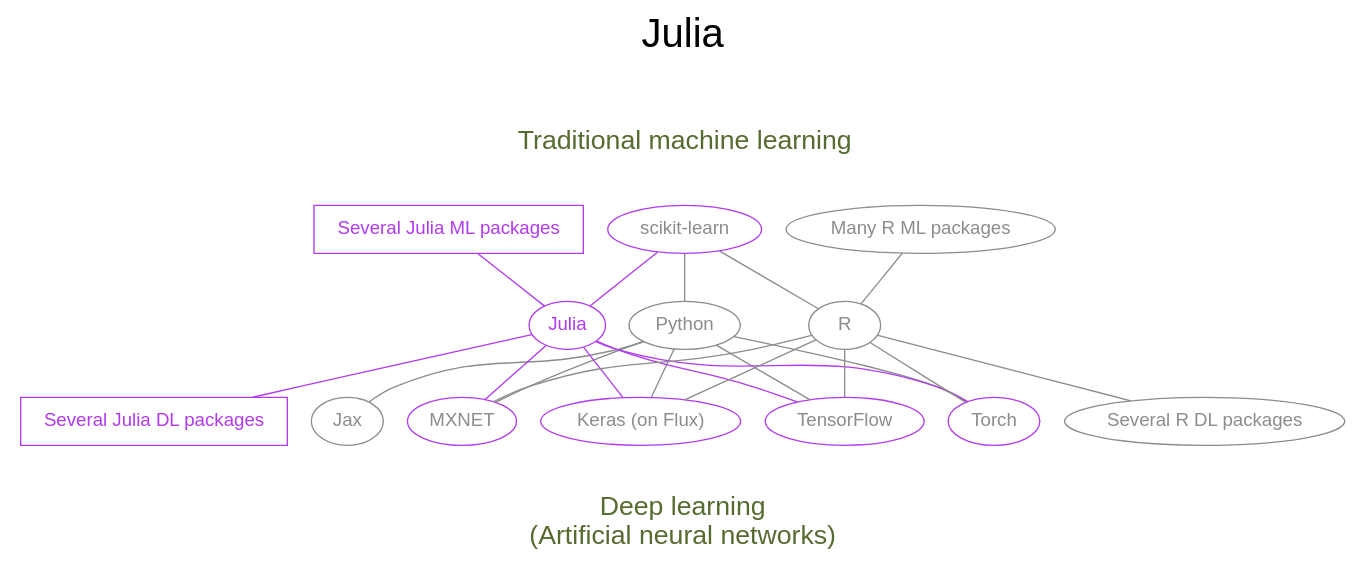
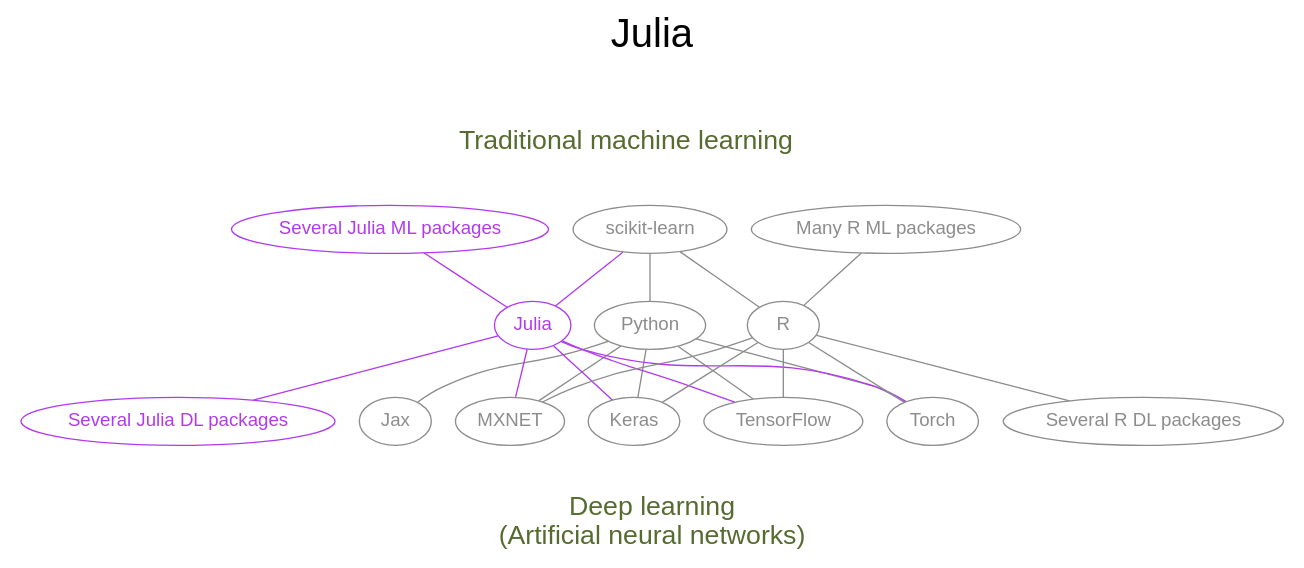
One commit to WestDRI/arc-training changed the seventh of 15 diagrams in ml/frameworks_slides.qmd. Above: the diagram before and after it, drawn with Graphviz. The commit also changed other lines of this file and 3 other files, not shown here.

````diff
--- a/ml/frameworks_slides.qmd
+++ b/ml/frameworks_slides.qmd
@@ -245,56 +246,55 @@
 ```{dot}
 //| echo: false
 
 strict graph {
-
   label="Julia\n\n"
   labelloc=t
   fontsize=30
-  
+
   bgcolor="transparent"
   graph [fontname="Inconsolata, sans-serif"]
   node [fontname="Inconsolata, sans-serif"]
 
   subgraph cluster_ml {
 	peripheries=0
 	label="Traditional machine learning\n\n"
 	fontcolor=darkolivegreen
 	fontsize=20
-	"scikit-learn" "   Several Julia ML packages  " "Many R ML packages"
+	"scikit-learn" "Several Julia ML packages" "Many R ML packages"
   }
 
   subgraph cluster_dl {
 	peripheries=0
 	label="\nDeep learning\n(Artificial neural networks)"
 	fontcolor=darkolivegreen
 	fontsize=20
 	labelloc=b
-	Torch TensorFlow Jax "Keras (on Flux)" MXNET "   Several Julia DL packages  " "Several R DL packages"
+	Torch TensorFlow Jax Keras MXNET "Several Julia DL packages" "Several R DL packages"
   }
 
   Python [color=gray55, fontcolor=gray55, URL="https://www.python.org/"]
   Julia [color=darkorchid2, fontcolor=darkorchid2, URL="https://julialang.org/"]
   R [color=gray55, fontcolor=gray55, URL="https://www.r-project.org/"]
 
-  "   Several Julia ML packages  " [color=darkorchid2, fontcolor=darkorchid2, shape=box]
-  "   Several Julia DL packages  " [color=darkorchid2, fontcolor=darkorchid2, shape=box]
-  "Keras (on Flux)" [color=darkorchid2, fontcolor=gray55, URL="https://github.com/ayush1999/Keras.jl"]
-  "scikit-learn" [color=darkorchid2, fontcolor=gray55, URL="https://github.com/cstjean/ScikitLearn.jl"]
-  MXNET [color=darkorchid2, fontcolor=gray55, URL="https://mxnet.apache.org/versions/1.9.1/api/julia/docs/api/"]
-  TensorFlow [color=darkorchid2, fontcolor=gray55, URL="https://malmaud.github.io/tfdocs/"]
-  Torch [color=darkorchid2, fontcolor=gray55, URL="https://github.com/FluxML/Torch.jl"]
+  "Several Julia ML packages" [color=darkorchid2, fontcolor=darkorchid2]
+  "Several Julia DL packages" [color=darkorchid2, fontcolor=darkorchid2]
+  Keras [color=gray55, fontcolor=gray55, URL="https://github.com/ayush1999/Keras.jl"]
+  "scikit-learn" [color=gray55, fontcolor=gray55, URL="https://github.com/cstjean/ScikitLearn.jl"]
+  MXNET [color=gray55, fontcolor=gray55, URL="https://mxnet.apache.org/versions/1.9.1/api/julia/docs/api/"]
+  TensorFlow [color=gray55, fontcolor=gray55, URL="https://malmaud.github.io/tfdocs/"]
+  Torch [color=gray55, fontcolor=gray55, URL="https://github.com/FluxML/Torch.jl"]
 
   "scikit-learn" -- Python [color=gray55]
-  Python -- {Torch TensorFlow Jax "Keras (on Flux)" MXNET} [color=gray55]
+  Python -- {Torch TensorFlow Jax Keras MXNET} [color=gray55]
 
-  {"   Several Julia ML packages  " "scikit-learn"} -- Julia [color=darkorchid2]
-  Julia -- {"   Several Julia DL packages  " Torch TensorFlow "Keras (on Flux)" MXNET} [color=darkorchid2]
+  {"Several Julia ML packages" "scikit-learn"} -- Julia [color=darkorchid2]
+  Julia -- {"Several Julia DL packages" Torch TensorFlow Keras MXNET} [color=darkorchid2]
 
   {"scikit-learn" "Many R ML packages"} -- R [color=gray55]
-  R -- {"Several R DL packages" Torch TensorFlow "Keras (on Flux)" MXNET} [color=gray55]
+  R -- {"Several R DL packages" Torch TensorFlow Keras MXNET} [color=gray55]
 
   "Many R ML packages" [color=gray55, fontcolor=gray55]
   "Several R DL packages" [color=gray55, fontcolor=gray55]
   Jax [color=gray55, fontcolor=gray55]
 }
 ```
````
